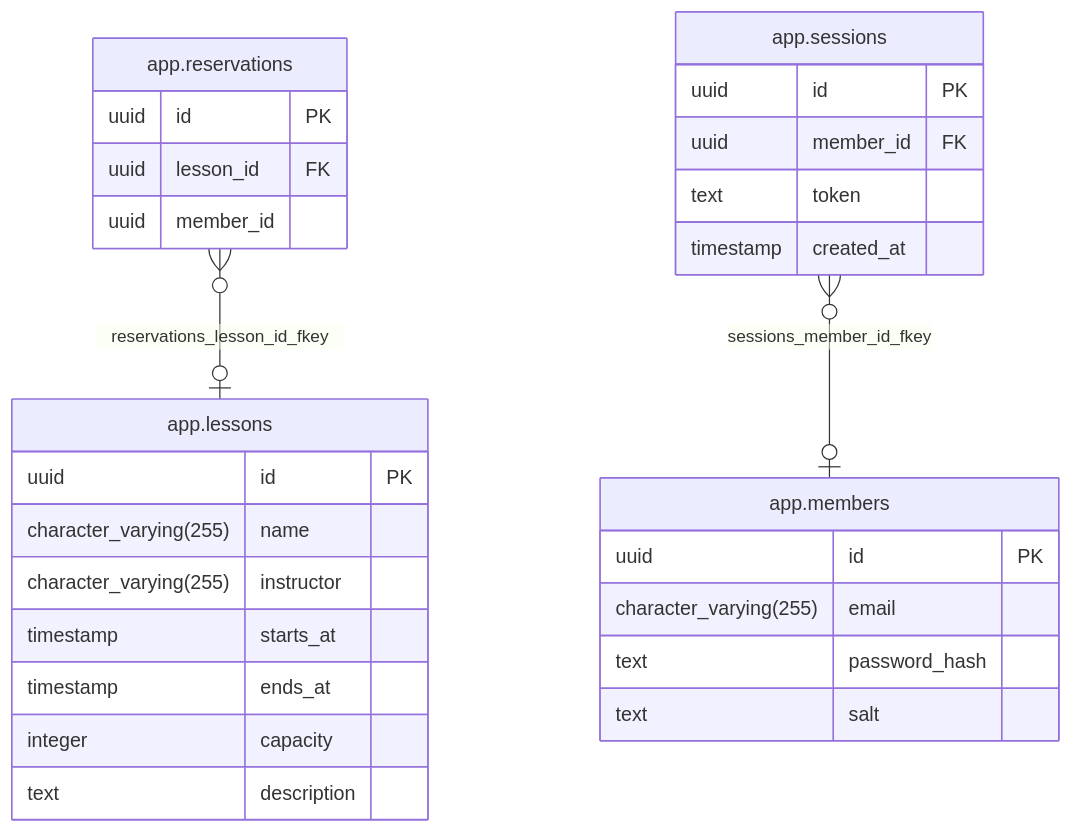
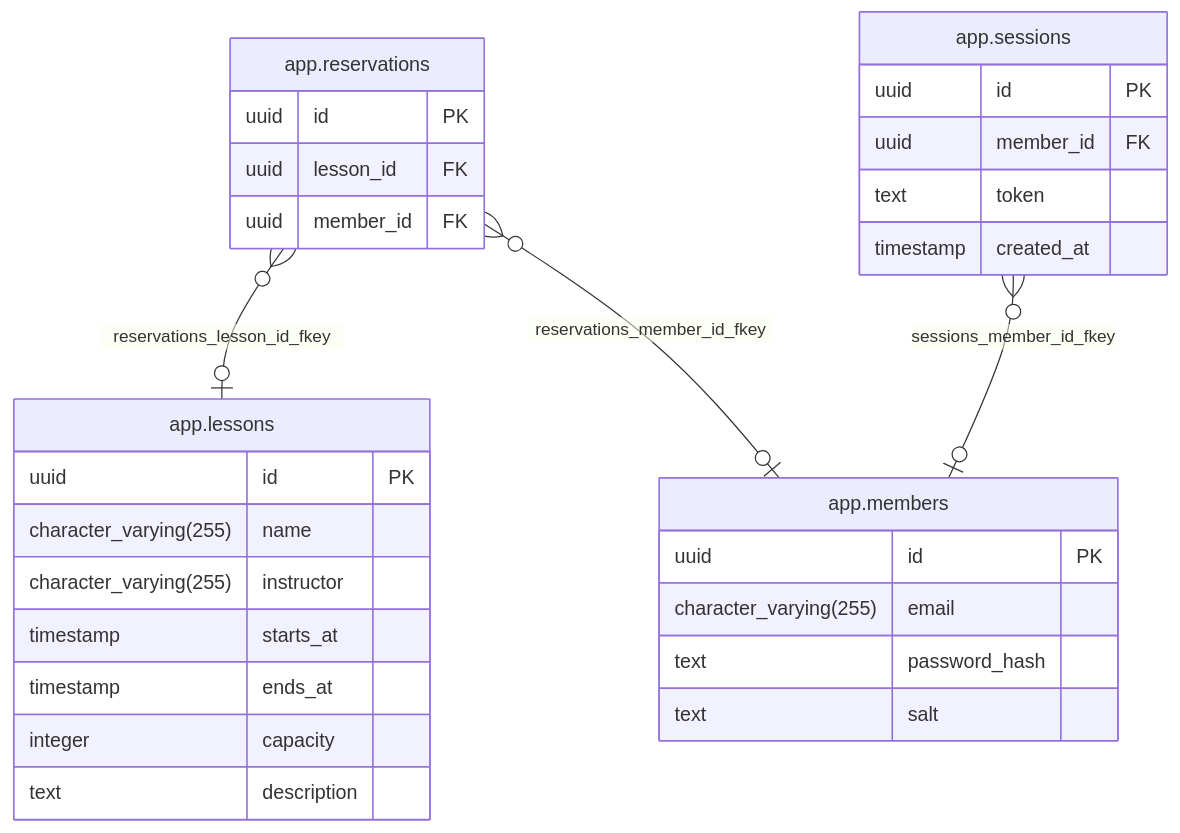
Before and after one commit to NabeKz/gym-app: the diagram in docs/erd.md, drawn with Mermaid. The commit also changed 17 other files, not shown here.

````diff
--- a/docs/erd.md
+++ b/docs/erd.md
@@ -1,31 +1,32 @@
 ```mermaid
 erDiagram
     app_lessons["app.lessons"] {
       uuid id PK
       character_varying(255) name
       character_varying(255) instructor
       timestamp starts_at
       timestamp ends_at
       integer capacity
       text description
     }
     app_members["app.members"] {
       uuid id PK
       character_varying(255) email
       text password_hash
       text salt
     }
     app_reservations["app.reservations"] {
       uuid id PK
       uuid lesson_id FK
-      uuid member_id
+      uuid member_id FK
     }
     app_reservations }o--o| app_lessons : reservations_lesson_id_fkey
+    app_reservations }o--o| app_members : reservations_member_id_fkey
     app_sessions["app.sessions"] {
       uuid id PK
       uuid member_id FK
       text token
       timestamp created_at
     }
     app_sessions }o--o| app_members : sessions_member_id_fkey
 ```
````
